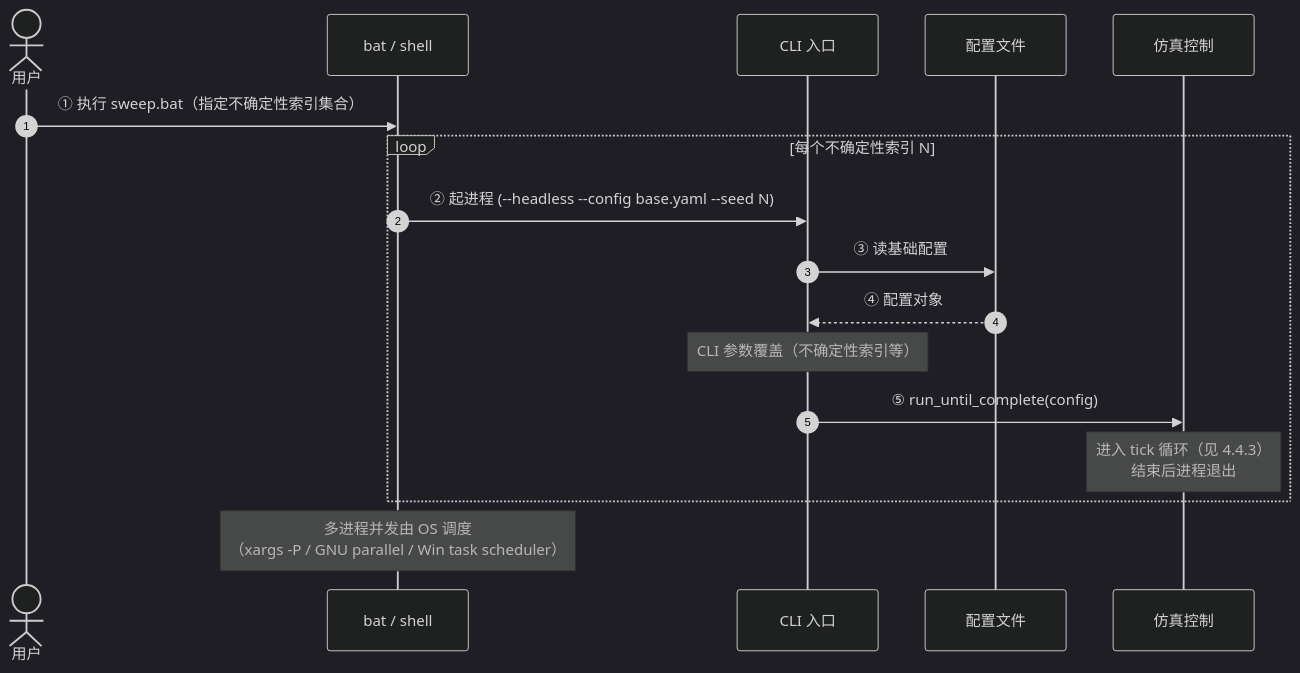
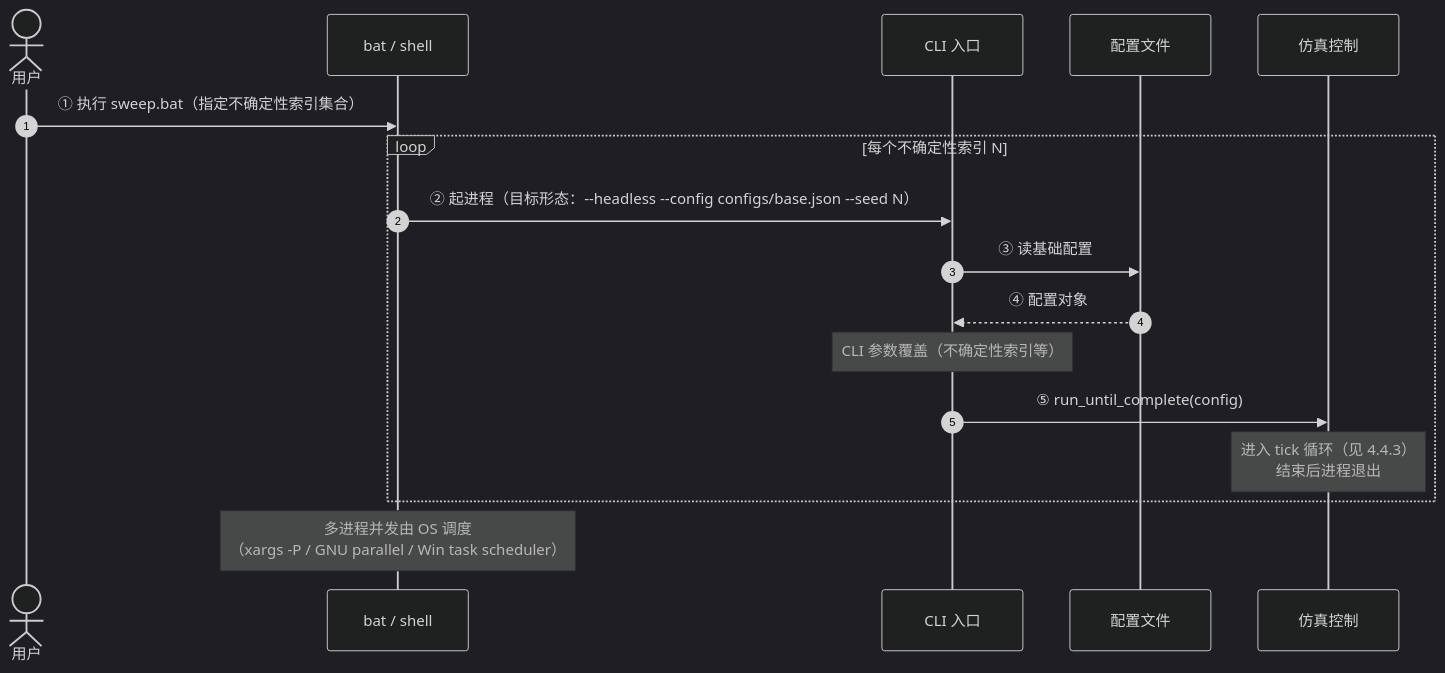
Before and after one commit to tanqingkuang/-: the second of 3 diagrams in docs/0-架构HLD.md, drawn with Mermaid (dark theme). The commit also changed other lines of this file and 4 other files, not shown here.

````diff
--- a/docs/0-架构HLD.md
+++ b/docs/0-架构HLD.md
@@ -242,22 +242,22 @@
 ```mermaid
 sequenceDiagram
     autonumber
     actor User as 用户
     participant Bat as bat / shell
     participant CLI as CLI 入口
     participant Cfg as 配置文件
     participant SimCtrl as 仿真控制
 
     User->>Bat: ① 执行 sweep.bat（指定不确定性索引集合）
 
     loop 每个不确定性索引 N
-        Bat->>CLI: ② 起进程 (--headless --config base.yaml --seed N)
+        Bat->>CLI: ② 起进程（目标形态：--headless --config configs/base.json --seed N）
         CLI->>Cfg: ③ 读基础配置
         Cfg-->>CLI: ④ 配置对象
         Note over CLI: CLI 参数覆盖（不确定性索引等）
         CLI->>SimCtrl: ⑤ run_until_complete(config)
         Note over SimCtrl: 进入 tick 循环（见 4.4.3）<br/>结束后进程退出
     end
 
     Note over Bat: 多进程并发由 OS 调度<br/>（xargs -P / GNU parallel / Win task scheduler）
 ```
````
